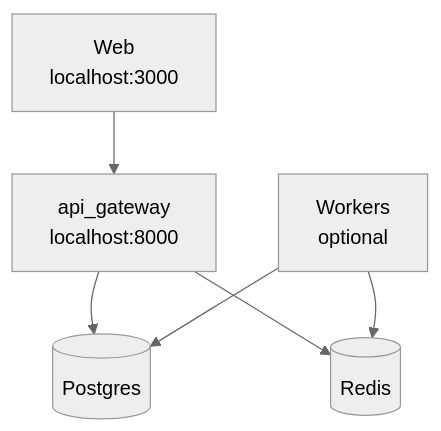
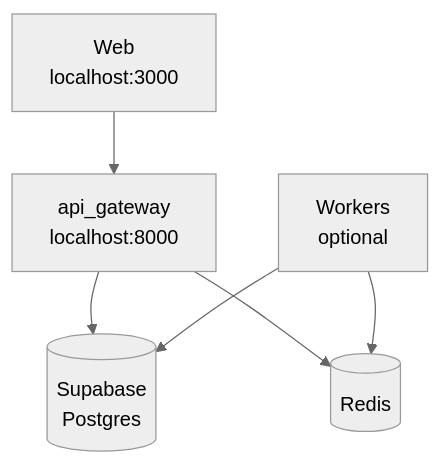
Before and after one commit to frank-asket/doubow: the second of 2 diagrams in README.md, drawn with Mermaid (neutral theme). The commit also changed other lines of this file and 1 other file, not shown here.

First line of the commit message:
Update documentation to reflect Supabase Postgres integration

````diff
--- a/README.md
+++ b/README.md
@@ -85,14 +85,14 @@
 ```mermaid
 flowchart TB
   FE["Web<br/>localhost:3000"]
   API["api_gateway<br/>localhost:8000"]
-  PG[("Postgres")]
+  PG[("Supabase<br/>Postgres")]
   R[("Redis")]
   W["Workers<br/>optional"]
 
   FE --> API
   API --> PG
   API --> R
   W --> PG
   W --> R
 ```
````
